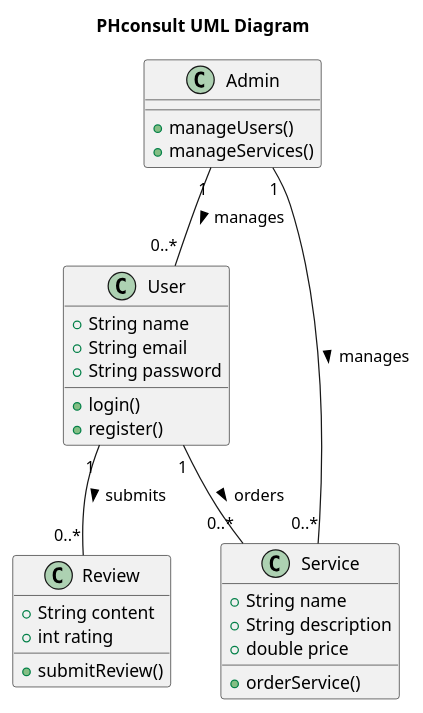
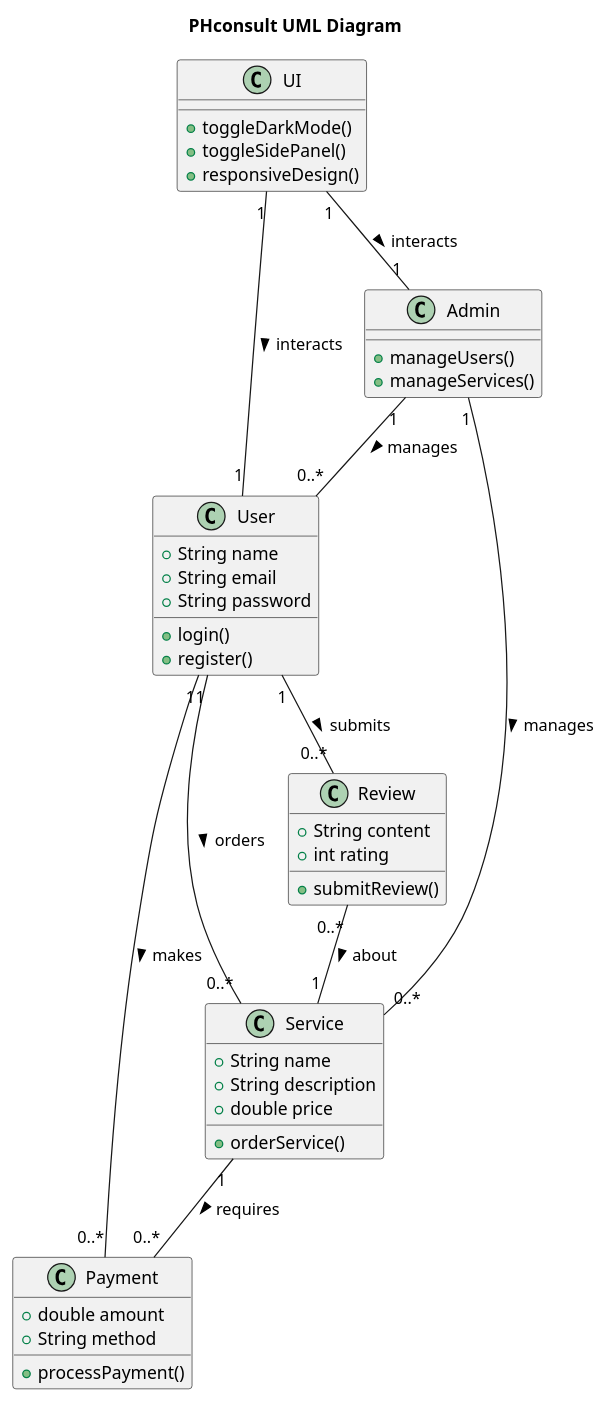
Before and after one commit to PhilipKone/Kone-Consult: the diagram in phconsult-uml.puml, drawn with PlantUML. The commit also changed 1737 other files, not shown here.

```diff
--- a/phconsult-uml.puml
+++ b/phconsult-uml.puml
@@ -1,36 +1,53 @@
 @startuml
 
 title PHconsult UML Diagram
 
 class User {
   +String name
   +String email
   +String password
   +login()
   +register()
 }
 
 class Service {
   +String name
   +String description
   +double price
   +orderService()
 }
 
 class Review {
   +String content
   +int rating
   +submitReview()
 }
 
 class Admin {
   +manageUsers()
   +manageServices()
 }
 
+class UI {
+  +toggleDarkMode()
+  +toggleSidePanel()
+  +responsiveDesign()
+}
+
+class Payment {
+  +double amount
+  +String method
+  +processPayment()
+}
+
 User "1" -- "0..*" Service : orders >
 User "1" -- "0..*" Review : submits >
+User "1" -- "0..*" Payment : makes >
 Admin "1" -- "0..*" User : manages >
 Admin "1" -- "0..*" Service : manages >
+UI "1" -- "1" User : interacts >
+UI "1" -- "1" Admin : interacts >
+Service "1" -- "0..*" Payment : requires >
+Review "0..*" -- "1" Service : about >
 
 @enduml
```
